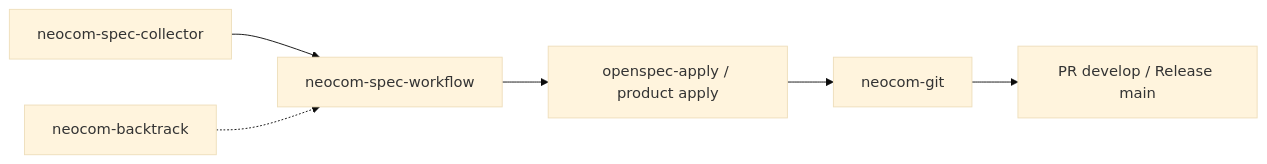
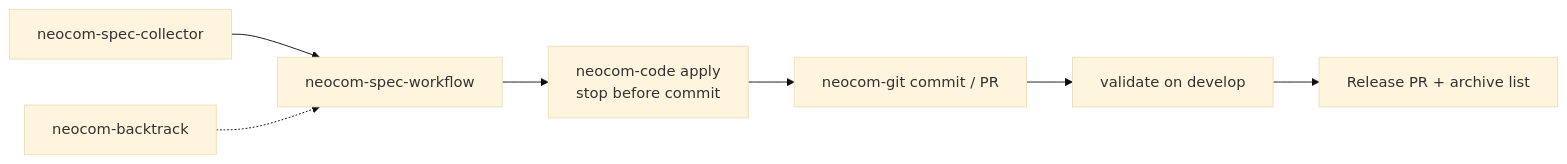
The third of 10 diagrams in .dsh/METHODOLOGY.md (AdamAntinoo/neocom-meta), drawn with Mermaid (base theme) before and after one commit. The commit also changed other lines of this file and 14 other files, not shown here.

````diff
--- a/.dsh/METHODOLOGY.md
+++ b/.dsh/METHODOLOGY.md
@@ -165,8 +170,9 @@
 ```mermaid
 flowchart LR
   collector["neocom-spec-collector"] --> workflow["neocom-spec-workflow"]
   backtrack["neocom-backtrack"] -.-> workflow
-  workflow --> apply["openspec-apply / product apply"]
-  apply --> git["neocom-git"]
-  git --> pr["PR develop / Release main"]
+  workflow --> code["neocom-code apply<br/>stop before commit"]
+  code --> git["neocom-git commit / PR"]
+  git --> val["validate on develop"]
+  val --> rel["Release PR + archive list"]
 ```
````
